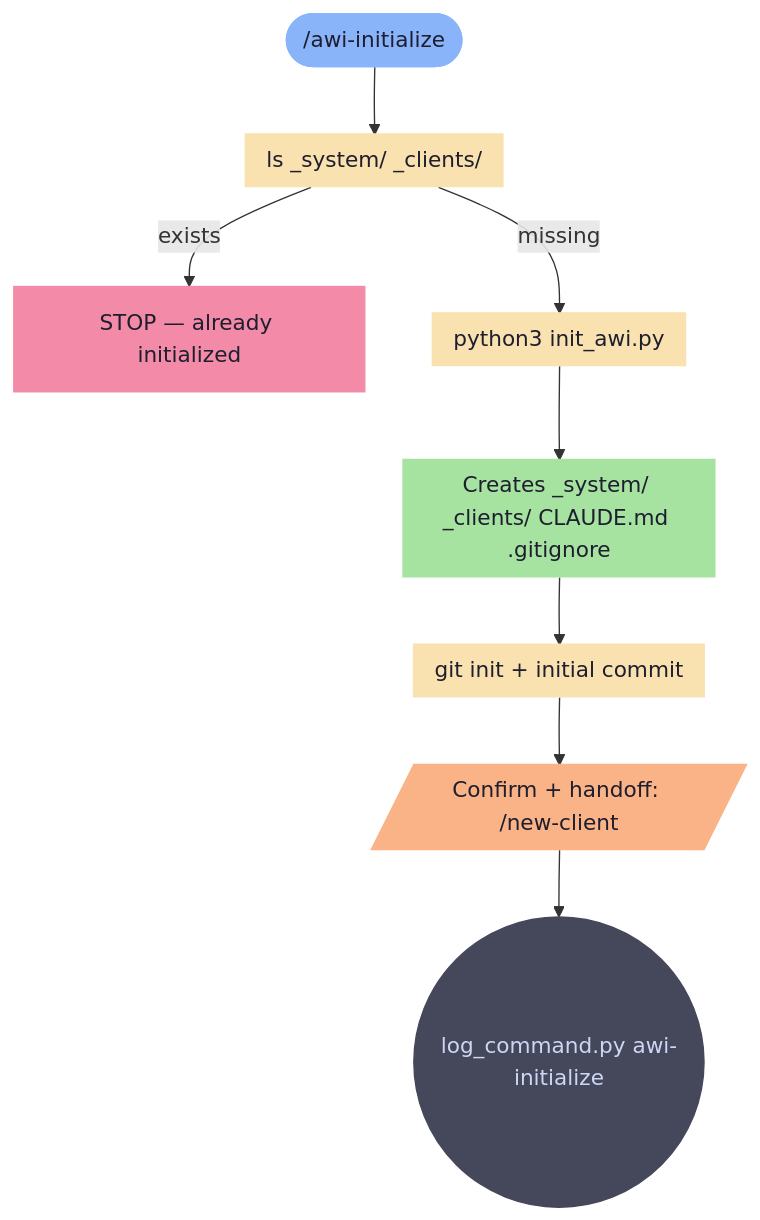
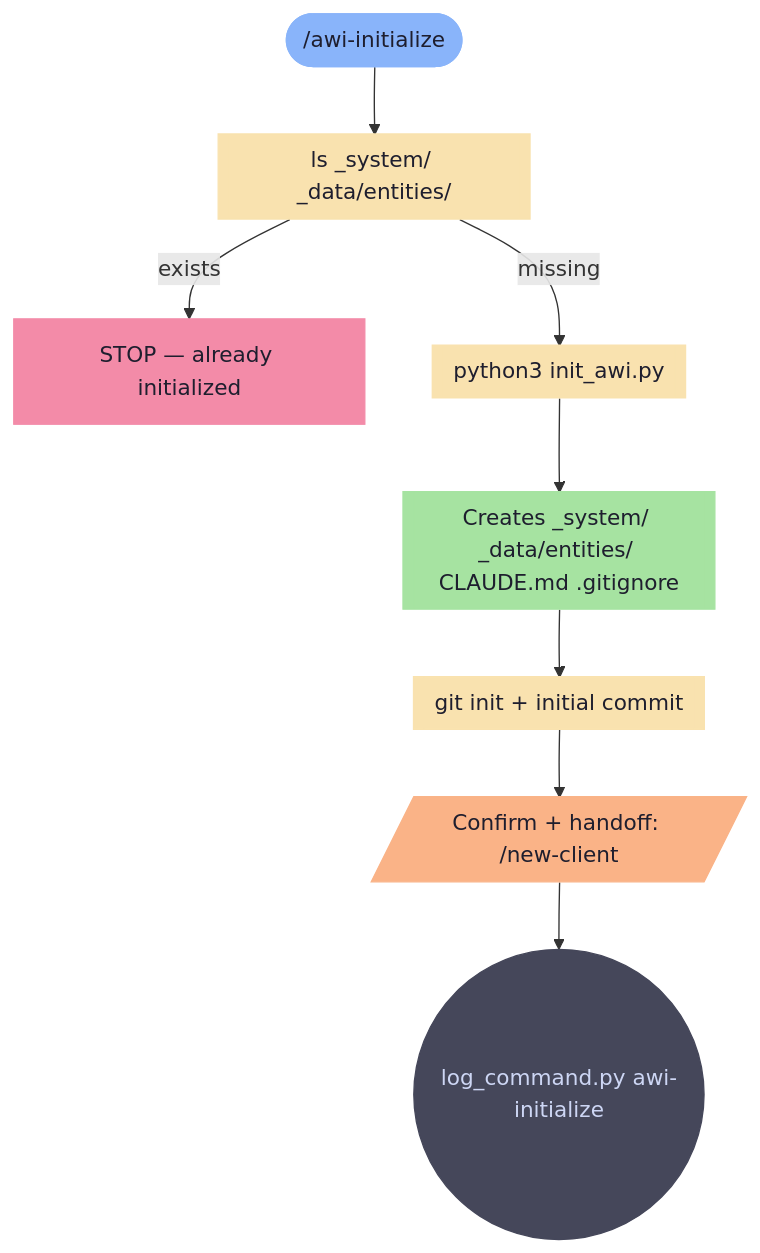
One commit to GuidoAmici/awi-core changed the diagram in _system/agentic-workflow-integrator/skills/awi-initialize.md. Above: the diagram before and after it, drawn with Mermaid. The commit also changed other lines of this file and 46 other files, not shown here.

````diff
--- a/_system/agentic-workflow-integrator/skills/awi-initialize.md
+++ b/_system/agentic-workflow-integrator/skills/awi-initialize.md
@@ -11,26 +18,26 @@
 ```mermaid
 graph TD
-    A(["/awi-initialize"]) --> B[["ls _system/ _clients/"]]
+    A(["/awi-initialize"]) --> B[["ls _system/ _data/entities/"]]
     B -->|exists| C["STOP — already initialized"]
     B -->|missing| D[[python3 init_awi.py]]
-    D --> E[["Creates _system/ _clients/ CLAUDE.md .gitignore"]]
+    D --> E[["Creates _system/ _data/entities/ CLAUDE.md .gitignore"]]
     E --> F[[git init + initial commit]]
     F --> G[/"Confirm + handoff: /new-client"/]
     G --> H((log_command.py awi-initialize))
 
     classDef entry  fill:#89b4fa,color:#1e1e2e,stroke:#89b4fa
     classDef ai     fill:#cba6f7,color:#1e1e2e,stroke:#cba6f7
     classDef read   fill:#94e2d5,color:#1e1e2e,stroke:#94e2d5
     classDef write  fill:#a6e3a1,color:#1e1e2e,stroke:#a6e3a1
     classDef shell  fill:#f9e2af,color:#1e1e2e,stroke:#f9e2af
     classDef user   fill:#fab387,color:#1e1e2e,stroke:#fab387
     classDef stop   fill:#f38ba8,color:#1e1e2e,stroke:#f38ba8
     classDef log    fill:#45475a,color:#cdd6f4,stroke:#45475a
 
     class A entry
     class B,D,F shell
     class C stop
     class E write
     class G user
     class H log
 ```
````
